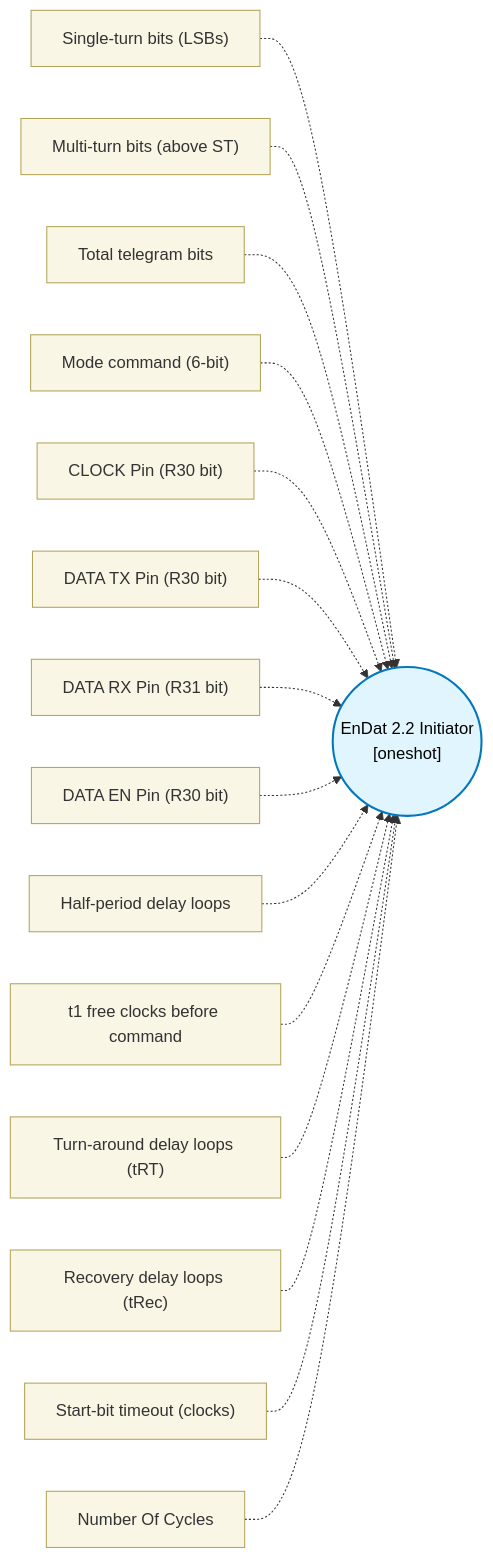
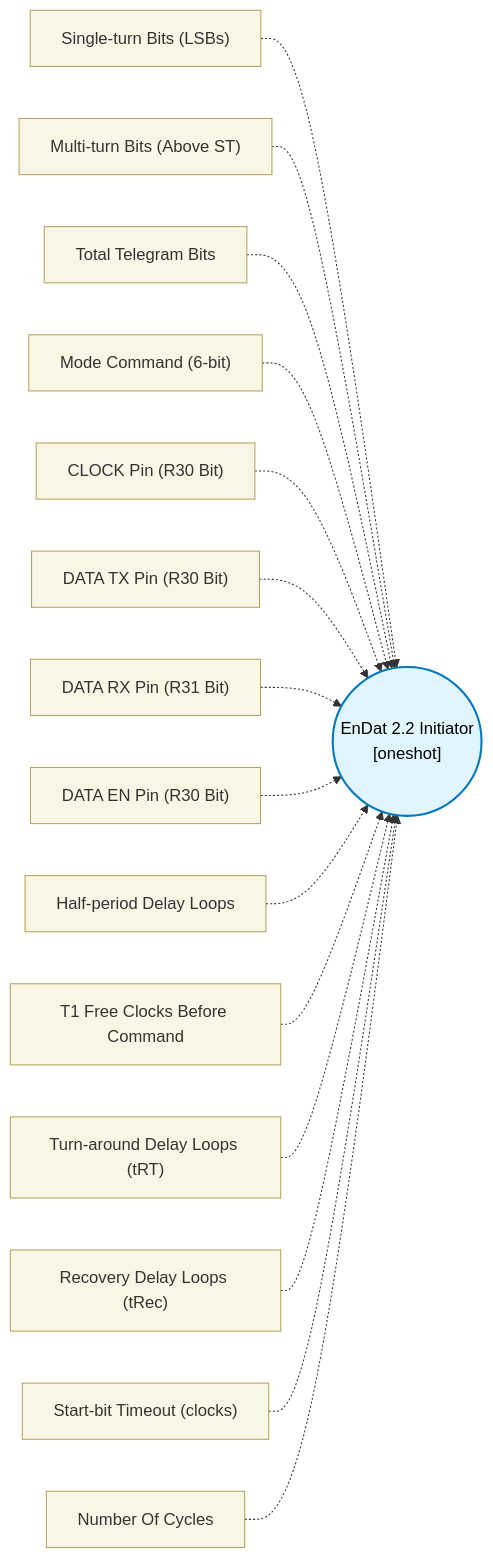
One commit to TexasInstruments/pru-no-code-tool changed the diagram in docs/block-reference/blocks/endat_initiator_block/design.md. Above: the diagram before and after it, drawn with Mermaid. The commit also changed other lines of this file and 89 other files, not shown here.

````diff
--- a/docs/block-reference/blocks/endat_initiator_block/design.md
+++ b/docs/block-reference/blocks/endat_initiator_block/design.md
@@ -19,20 +19,20 @@
 ```mermaid
 flowchart LR
   classDef config fill:#f9f6e5,stroke:#b1a457,stroke-width:1px,color:#333;
   classDef core fill:#e1f5fe,stroke:#0277bd,stroke-width:2px,color:#000;
   CORE(("EnDat 2.2 Initiator\n[oneshot]")):::core
-  CFG0["Single-turn bits (LSBs)"]:::config -.-> CORE
-  CFG1["Multi-turn bits (above ST)"]:::config -.-> CORE
-  CFG2["Total telegram bits"]:::config -.-> CORE
-  CFG3["Mode command (6-bit)"]:::config -.-> CORE
-  CFG4["CLOCK Pin (R30 bit)"]:::config -.-> CORE
-  CFG5["DATA TX Pin (R30 bit)"]:::config -.-> CORE
-  CFG6["DATA RX Pin (R31 bit)"]:::config -.-> CORE
-  CFG7["DATA EN Pin (R30 bit)"]:::config -.-> CORE
-  CFG8["Half-period delay loops"]:::config -.-> CORE
-  CFG9["t1 free clocks before command"]:::config -.-> CORE
-  CFG10["Turn-around delay loops (tRT)"]:::config -.-> CORE
-  CFG11["Recovery delay loops (tRec)"]:::config -.-> CORE
-  CFG12["Start-bit timeout (clocks)"]:::config -.-> CORE
+  CFG0["Single-turn Bits (LSBs)"]:::config -.-> CORE
+  CFG1["Multi-turn Bits (Above ST)"]:::config -.-> CORE
+  CFG2["Total Telegram Bits"]:::config -.-> CORE
+  CFG3["Mode Command (6-bit)"]:::config -.-> CORE
+  CFG4["CLOCK Pin (R30 Bit)"]:::config -.-> CORE
+  CFG5["DATA TX Pin (R30 Bit)"]:::config -.-> CORE
+  CFG6["DATA RX Pin (R31 Bit)"]:::config -.-> CORE
+  CFG7["DATA EN Pin (R30 Bit)"]:::config -.-> CORE
+  CFG8["Half-period Delay Loops"]:::config -.-> CORE
+  CFG9["T1 Free Clocks Before Command"]:::config -.-> CORE
+  CFG10["Turn-around Delay Loops (tRT)"]:::config -.-> CORE
+  CFG11["Recovery Delay Loops (tRec)"]:::config -.-> CORE
+  CFG12["Start-bit Timeout (clocks)"]:::config -.-> CORE
   CFG13["Number Of Cycles"]:::config -.-> CORE
 ```
````
